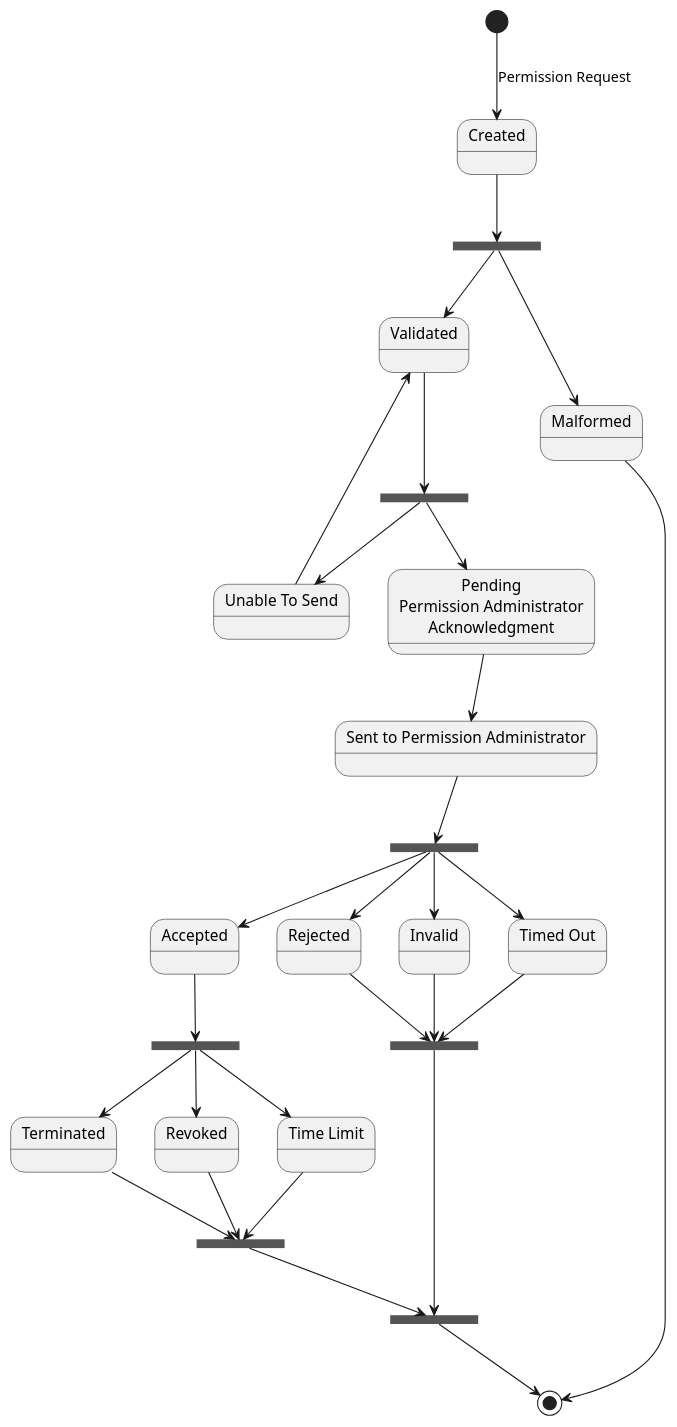
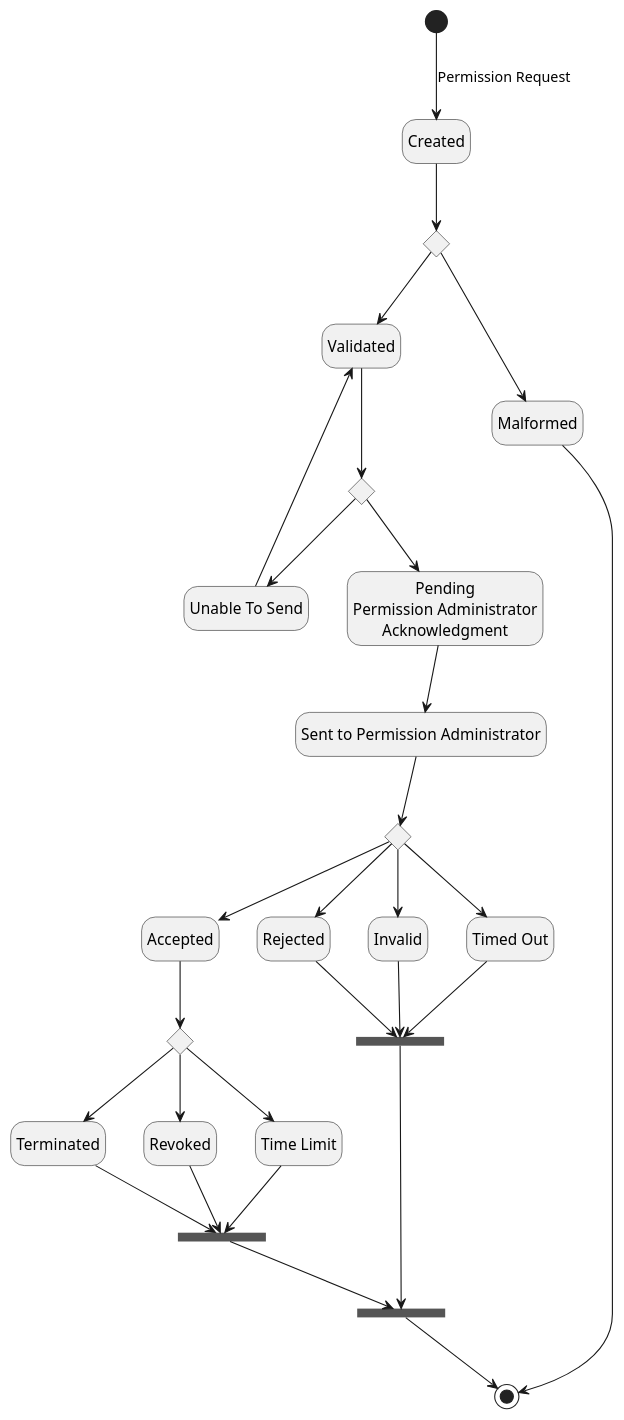
Before and after one commit to fweingartshofer/mc-sw-paper: the diagram in src/assets/process-model.puml, drawn with PlantUML. The commit also changed 3 other files, not shown here.

```diff
--- a/src/assets/process-model.puml
+++ b/src/assets/process-model.puml
@@ -1,53 +1,55 @@
 @startuml
-hide members
+'!theme plain
+hide empty description
+
 [*] --> Created: Permission Request
-state created_fork <<fork>>
-Created --> created_fork
-created_fork --> Validated
-created_fork --> Malformed
+state created_choice <<choice>>
+Created --> created_choice
+created_choice --> Validated
+created_choice --> Malformed
 Malformed --> [*]
 
-state validated_fork <<fork>>
+state validated_choice <<choice>>
 state "Pending\nPermission Administrator\nAcknowledgment" as ppaa
 state "Unable To Send" as uts
 
-Validated --> validated_fork
-validated_fork --> ppaa
-validated_fork --> uts
+Validated --> validated_choice
+validated_choice --> ppaa
+validated_choice --> uts
 uts --> Validated
 
 state "Sent to Permission Administrator" as spa
 ppaa --> spa
 
-state sent_fork <<fork>>
+state sent_choice <<choice>>
 state "Timed Out" as to
-spa --> sent_fork
-sent_fork --> Accepted
-sent_fork --> to
-sent_fork --> Rejected
-sent_fork --> Invalid
+spa --> sent_choice
+sent_choice --> Accepted
+sent_choice --> to
+sent_choice --> Rejected
+sent_choice --> Invalid
 
 state error_join <<join>>
 to --> error_join
 Rejected --> error_join
 Invalid --> error_join
 
-state accepted_fork <<fork>>
+state accepted_choice <<choice>>
 state "Time Limit" as tl
-Accepted --> accepted_fork
-accepted_fork --> tl
-accepted_fork --> Terminated
-accepted_fork --> Revoked
+Accepted --> accepted_choice
+accepted_choice --> tl
+accepted_choice --> Terminated
+accepted_choice --> Revoked
 
 state success_join <<join>>
 tl --> success_join
 Terminated --> success_join
 Revoked --> success_join
 
 state done_join <<join>>
 error_join --> done_join
 success_join --> done_join
 done_join --> [*]
 
 
 @enduml
```
